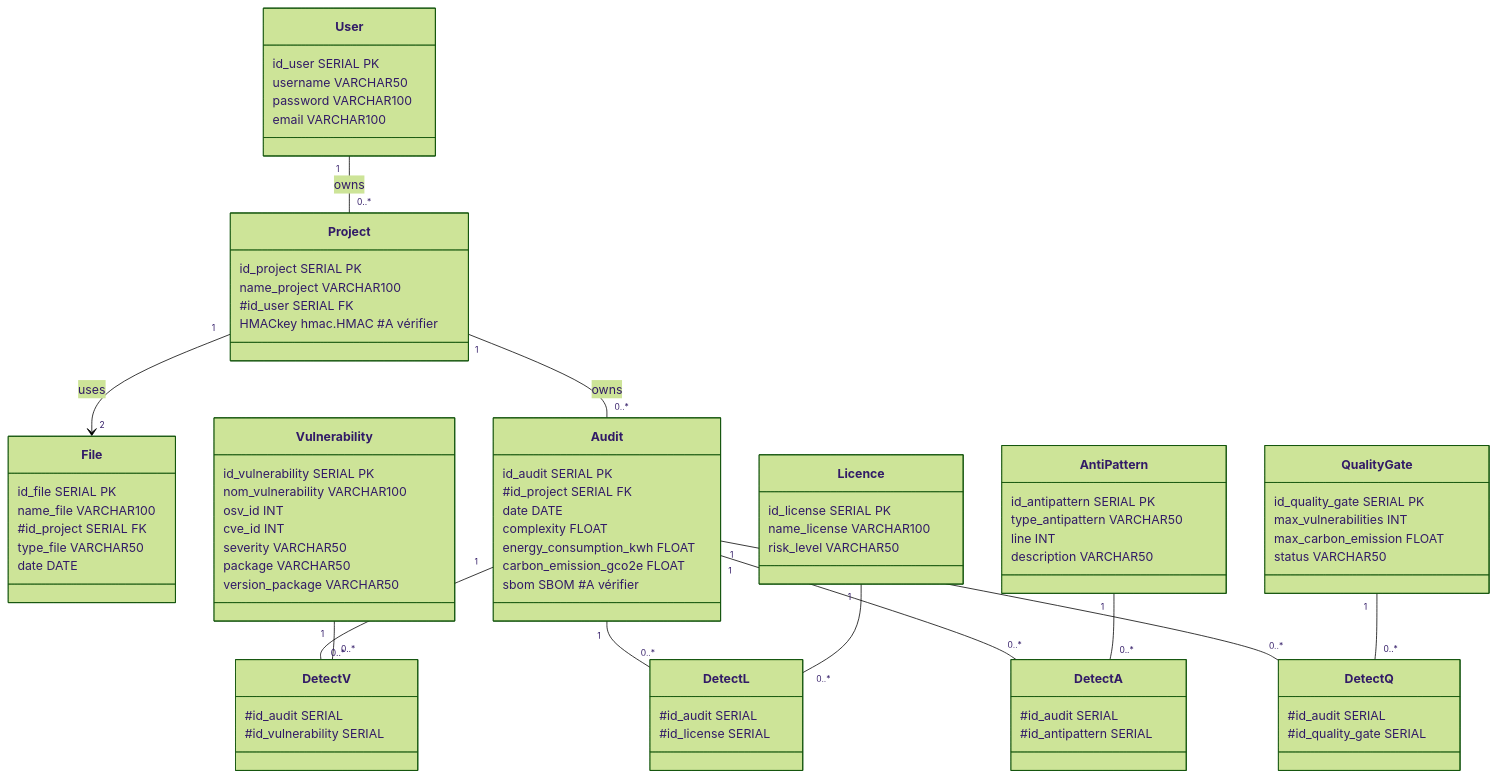
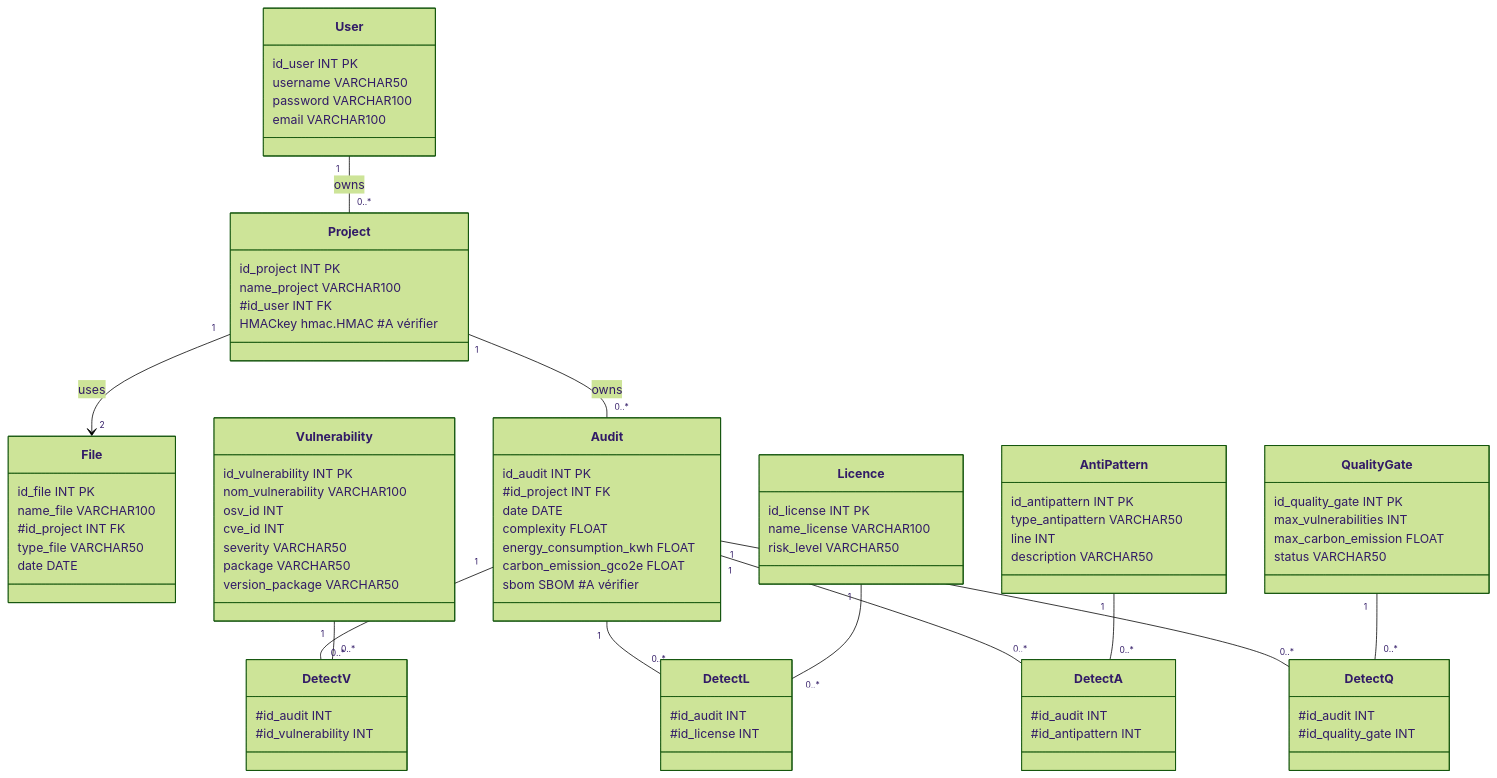
Before and after one commit to galahade-ncl/ensai-it-project-2a-team34: the diagram in doc/diagramme_phys_donnees.md, drawn with Mermaid (forest theme).

Commit message:
diagramme physique des données

```diff
--- a/doc/diagramme_phys_donnees.md
+++ b/doc/diagramme_phys_donnees.md
@@ -18,31 +18,31 @@
 classDiagram
     %% Business objects
     class User {
-        id_user SERIAL PK
+        id_user INT PK
         username VARCHAR50
         password VARCHAR100
         email VARCHAR100
     }
 
     class Project {
-        id_project SERIAL PK
+        id_project INT PK
         name_project VARCHAR100
-        #id_user SERIAL FK
+        #id_user INT FK
         HMACkey hmac.HMAC  #A vérifier
     }
 
     class File {
-        id_file SERIAL PK
+        id_file INT PK
         name_file VARCHAR100
-        #id_project SERIAL FK
+        #id_project INT FK
         type_file VARCHAR50
         date DATE
     }
 
 
     class Audit {
-        id_audit SERIAL PK
-        #id_project SERIAL FK
+        id_audit INT PK
+        #id_project INT FK
         date DATE
         complexity FLOAT
         energy_consumption_kwh FLOAT
@@ -52,31 +52,31 @@
     }
 
     class DetectV{
-        #id_audit SERIAL
-        #id_vulnerability SERIAL
+        #id_audit INT
+        #id_vulnerability INT
     
     }
 
     class DetectL{
-        #id_audit SERIAL
-        #id_license SERIAL
+        #id_audit INT
+        #id_license INT
 
     }
 
     class DetectA{
-        #id_audit SERIAL
-        #id_antipattern SERIAL
+        #id_audit INT
+        #id_antipattern INT
 
     }
 
     class DetectQ{
-        #id_audit SERIAL
-        #id_quality_gate SERIAL
+        #id_audit INT
+        #id_quality_gate INT
 
     }
 
     class Vulnerability {
-        id_vulnerability SERIAL PK
+        id_vulnerability INT PK
         nom_vulnerability VARCHAR100
         osv_id INT
         cve_id INT
@@ -86,20 +86,20 @@
     }
 
     class Licence {
-        id_license SERIAL PK
+        id_license INT PK
         name_license VARCHAR100
         risk_level VARCHAR50
     }
 
     class AntiPattern {
-        id_antipattern SERIAL PK
+        id_antipattern INT PK
         type_antipattern VARCHAR50
         line INT
         description VARCHAR50
     }
 
     class QualityGate {
-        id_quality_gate SERIAL PK
+        id_quality_gate INT PK
         max_vulnerabilities INT
         max_carbon_emission FLOAT
         status VARCHAR50
```
